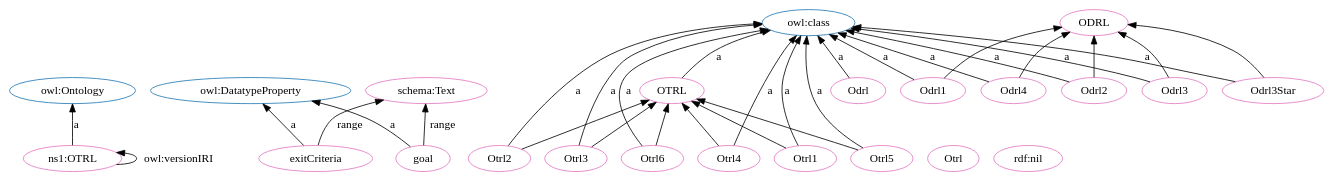
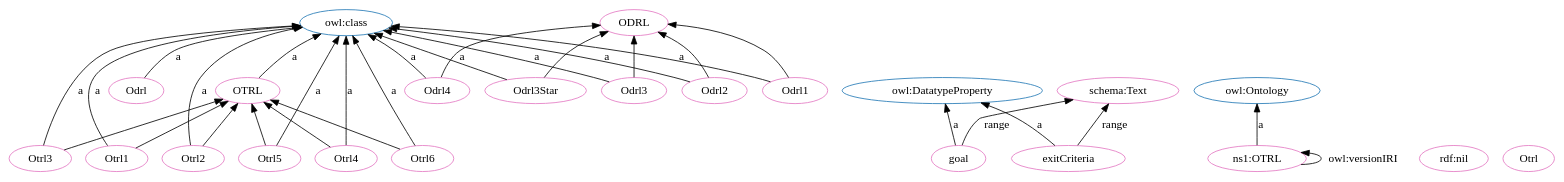
One commit to OPEN-NEXT/OKH-LOSH changed the diagram in OTRL.dot. Above: the diagram before and after it, drawn with Graphviz. The commit also changed other lines of this file and 17 other files, not shown here.

```diff
--- a/OTRL.dot
+++ b/OTRL.dot
@@ -1,59 +1,59 @@
 digraph G {
   rankdir=BT
   node[height=.3]
+"http://www.w3.org/2002/07/owl#class" [fillcolor="#1f77b4" color="#1f77b4" label="owl:class"]
+"http://www.w3.org/2002/07/owl#DatatypeProperty" [fillcolor="#1f77b4" color="#1f77b4" label="owl:DatatypeProperty"]
 "http://www.w3.org/2002/07/owl#Ontology" [fillcolor="#1f77b4" color="#1f77b4" label="owl:Ontology"]
-"http://www.w3.org/2002/07/owl#DatatypeProperty" [fillcolor="#1f77b4" color="#1f77b4" label="owl:DatatypeProperty"]
-"http://www.w3.org/2002/07/owl#class" [fillcolor="#1f77b4" color="#1f77b4" label="owl:class"]
+"http://purl.org/oseg/ontologies/OTRL#OTRL" [fillcolor="#1f77b4" color="#1f77b4" label="OTRL"]
 "http://purl.org/oseg/ontologies/OTRL#ODRL" [fillcolor="#1f77b4" color="#1f77b4" label="ODRL"]
-"http://purl.org/oseg/ontologies/OTRL#OTRL" [fillcolor="#1f77b4" color="#1f77b4" label="OTRL"]
+"http://purl.org/oseg/ontologies/OTRL#Otrl1" [fillcolor="#e377c2" color="#e377c2" label="Otrl1"]
+"http://purl.org/oseg/ontologies/OTRL#Otrl3" [fillcolor="#e377c2" color="#e377c2" label="Otrl3"]
+"http://www.w3.org/1999/02/22-rdf-syntax-ns#nil" [fillcolor="#e377c2" color="#e377c2" label="rdf:nil"]
+"http://purl.org/oseg/ontologies/OTRL#OTRL" [fillcolor="#e377c2" color="#e377c2" label="OTRL"]
+"http://purl.org/oseg/ontologies/OTRL#goal" [fillcolor="#e377c2" color="#e377c2" label="goal"]
+"http://purl.org/oseg/ontologies/OTRL#Otrl" [fillcolor="#e377c2" color="#e377c2" label="Otrl"]
+"http://schema.org/Text" [fillcolor="#e377c2" color="#e377c2" label="schema:Text"]
+"http://purl.org/oseg/ontologies/OTRL#ODRL" [fillcolor="#e377c2" color="#e377c2" label="ODRL"]
+"http://purl.org/oseg/ontologies/OTRL#Otrl2" [fillcolor="#e377c2" color="#e377c2" label="Otrl2"]
+"http://purl.org/oseg/ontologies/OTRL#Odrl1" [fillcolor="#e377c2" color="#e377c2" label="Odrl1"]
+"http://purl.org/oseg/ontologies/OTRL#Odrl4" [fillcolor="#e377c2" color="#e377c2" label="Odrl4"]
+"http://purl.org/oseg/ontologies/OTRL#Odrl" [fillcolor="#e377c2" color="#e377c2" label="Odrl"]
+"http://purl.org/oseg/ontologies/OTRL" [fillcolor="#e377c2" color="#e377c2" label="ns1:OTRL"]
+"http://purl.org/oseg/ontologies/OTRL#Odrl3" [fillcolor="#e377c2" color="#e377c2" label="Odrl3"]
+"http://purl.org/oseg/ontologies/OTRL#Odrl3Star" [fillcolor="#e377c2" color="#e377c2" label="Odrl3Star"]
+"http://purl.org/oseg/ontologies/OTRL#Otrl4" [fillcolor="#e377c2" color="#e377c2" label="Otrl4"]
+"http://purl.org/oseg/ontologies/OTRL#Odrl2" [fillcolor="#e377c2" color="#e377c2" label="Odrl2"]
 "http://purl.org/oseg/ontologies/OTRL#Otrl6" [fillcolor="#e377c2" color="#e377c2" label="Otrl6"]
+"http://purl.org/oseg/ontologies/OTRL#Otrl5" [fillcolor="#e377c2" color="#e377c2" label="Otrl5"]
 "http://purl.org/oseg/ontologies/OTRL#exitCriteria" [fillcolor="#e377c2" color="#e377c2" label="exitCriteria"]
-"http://purl.org/oseg/ontologies/OTRL" [fillcolor="#e377c2" color="#e377c2" label="ns1:OTRL"]
-"http://purl.org/oseg/ontologies/OTRL#Otrl" [fillcolor="#e377c2" color="#e377c2" label="Otrl"]
-"http://purl.org/oseg/ontologies/OTRL#goal" [fillcolor="#e377c2" color="#e377c2" label="goal"]
-"http://purl.org/oseg/ontologies/OTRL#OTRL" [fillcolor="#e377c2" color="#e377c2" label="OTRL"]
-"http://purl.org/oseg/ontologies/OTRL#Otrl4" [fillcolor="#e377c2" color="#e377c2" label="Otrl4"]
-"http://purl.org/oseg/ontologies/OTRL#Odrl1" [fillcolor="#e377c2" color="#e377c2" label="Odrl1"]
-"http://www.w3.org/1999/02/22-rdf-syntax-ns#nil" [fillcolor="#e377c2" color="#e377c2" label="rdf:nil"]
-"http://purl.org/oseg/ontologies/OTRL#Odrl" [fillcolor="#e377c2" color="#e377c2" label="Odrl"]
-"http://purl.org/oseg/ontologies/OTRL#Otrl1" [fillcolor="#e377c2" color="#e377c2" label="Otrl1"]
-"http://purl.org/oseg/ontologies/OTRL#Odrl4" [fillcolor="#e377c2" color="#e377c2" label="Odrl4"]
-"http://purl.org/oseg/ontologies/OTRL#ODRL" [fillcolor="#e377c2" color="#e377c2" label="ODRL"]
-"http://purl.org/oseg/ontologies/OTRL#Odrl3" [fillcolor="#e377c2" color="#e377c2" label="Odrl3"]
-"http://purl.org/oseg/ontologies/OTRL#Otrl5" [fillcolor="#e377c2" color="#e377c2" label="Otrl5"]
-"http://schema.org/Text" [fillcolor="#e377c2" color="#e377c2" label="schema:Text"]
-"http://purl.org/oseg/ontologies/OTRL#Otrl2" [fillcolor="#e377c2" color="#e377c2" label="Otrl2"]
-"http://purl.org/oseg/ontologies/OTRL#Odrl2" [fillcolor="#e377c2" color="#e377c2" label="Odrl2"]
-"http://purl.org/oseg/ontologies/OTRL#Otrl3" [fillcolor="#e377c2" color="#e377c2" label="Otrl3"]
-"http://purl.org/oseg/ontologies/OTRL#Odrl3Star" [fillcolor="#e377c2" color="#e377c2" label="Odrl3Star"]
+  "http://purl.org/oseg/ontologies/OTRL#goal" -> "http://schema.org/Text" [label="range"]
+  "http://purl.org/oseg/ontologies/OTRL#Otrl4" -> "http://purl.org/oseg/ontologies/OTRL#OTRL" [label=""]
+  "http://purl.org/oseg/ontologies/OTRL#Otrl5" -> "http://purl.org/oseg/ontologies/OTRL#OTRL" [label=""]
+  "http://purl.org/oseg/ontologies/OTRL#Odrl3" -> "http://purl.org/oseg/ontologies/OTRL#ODRL" [label=""]
+  "http://purl.org/oseg/ontologies/OTRL#Otrl2" -> "http://purl.org/oseg/ontologies/OTRL#OTRL" [label=""]
+  "http://purl.org/oseg/ontologies/OTRL#Odrl4" -> "http://www.w3.org/2002/07/owl#class" [label="a"]
+  "http://purl.org/oseg/ontologies/OTRL#Otrl6" -> "http://purl.org/oseg/ontologies/OTRL#OTRL" [label=""]
+  "http://purl.org/oseg/ontologies/OTRL#Odrl3Star" -> "http://www.w3.org/2002/07/owl#class" [label="a"]
   "http://purl.org/oseg/ontologies/OTRL#Otrl6" -> "http://www.w3.org/2002/07/owl#class" [label="a"]
   "http://purl.org/oseg/ontologies/OTRL#exitCriteria" -> "http://www.w3.org/2002/07/owl#DatatypeProperty" [label="a"]
-  "http://purl.org/oseg/ontologies/OTRL" -> "http://purl.org/oseg/ontologies/OTRL" [label="owl:versionIRI"]
-  "http://purl.org/oseg/ontologies/OTRL#goal" -> "http://www.w3.org/2002/07/owl#DatatypeProperty" [label="a"]
-  "http://purl.org/oseg/ontologies/OTRL#Otrl4" -> "http://www.w3.org/2002/07/owl#class" [label="a"]
-  "http://purl.org/oseg/ontologies/OTRL#Odrl3Star" -> "http://purl.org/oseg/ontologies/OTRL#ODRL" [label=""]
-  "http://purl.org/oseg/ontologies/OTRL#Odrl3" -> "http://www.w3.org/2002/07/owl#class" [label="a"]
-  "http://purl.org/oseg/ontologies/OTRL#Otrl5" -> "http://www.w3.org/2002/07/owl#class" [label="a"]
   "http://purl.org/oseg/ontologies/OTRL#Odrl2" -> "http://purl.org/oseg/ontologies/OTRL#ODRL" [label=""]
   "http://purl.org/oseg/ontologies/OTRL" -> "http://www.w3.org/2002/07/owl#Ontology" [label="a"]
+  "http://purl.org/oseg/ontologies/OTRL#Otrl1" -> "http://purl.org/oseg/ontologies/OTRL#OTRL" [label=""]
+  "http://purl.org/oseg/ontologies/OTRL#Otrl1" -> "http://www.w3.org/2002/07/owl#class" [label="a"]
+  "http://purl.org/oseg/ontologies/OTRL#Otrl3" -> "http://www.w3.org/2002/07/owl#class" [label="a"]
+  "http://purl.org/oseg/ontologies/OTRL#Otrl3" -> "http://purl.org/oseg/ontologies/OTRL#OTRL" [label=""]
+  "http://purl.org/oseg/ontologies/OTRL#goal" -> "http://www.w3.org/2002/07/owl#DatatypeProperty" [label="a"]
+  "http://purl.org/oseg/ontologies/OTRL#Otrl2" -> "http://www.w3.org/2002/07/owl#class" [label="a"]
+  "http://purl.org/oseg/ontologies/OTRL#Odrl1" -> "http://www.w3.org/2002/07/owl#class" [label="a"]
+  "http://purl.org/oseg/ontologies/OTRL#Odrl1" -> "http://purl.org/oseg/ontologies/OTRL#ODRL" [label=""]
+  "http://purl.org/oseg/ontologies/OTRL" -> "http://purl.org/oseg/ontologies/OTRL" [label="owl:versionIRI"]
+  "http://purl.org/oseg/ontologies/OTRL#Odrl" -> "http://www.w3.org/2002/07/owl#class" [label="a"]
   "http://purl.org/oseg/ontologies/OTRL#Odrl4" -> "http://purl.org/oseg/ontologies/OTRL#ODRL" [label=""]
-  "http://purl.org/oseg/ontologies/OTRL#Odrl3" -> "http://purl.org/oseg/ontologies/OTRL#ODRL" [label=""]
-  "http://purl.org/oseg/ontologies/OTRL#Otrl2" -> "http://www.w3.org/2002/07/owl#class" [label="a"]
+  "http://purl.org/oseg/ontologies/OTRL#Odrl3" -> "http://www.w3.org/2002/07/owl#class" [label="a"]
+  "http://purl.org/oseg/ontologies/OTRL#Otrl4" -> "http://www.w3.org/2002/07/owl#class" [label="a"]
   "http://purl.org/oseg/ontologies/OTRL#Odrl2" -> "http://www.w3.org/2002/07/owl#class" [label="a"]
-  "http://purl.org/oseg/ontologies/OTRL#Otrl3" -> "http://www.w3.org/2002/07/owl#class" [label="a"]
-  "http://purl.org/oseg/ontologies/OTRL#Otrl2" -> "http://purl.org/oseg/ontologies/OTRL#OTRL" [label=""]
-  "http://purl.org/oseg/ontologies/OTRL#Odrl1" -> "http://purl.org/oseg/ontologies/OTRL#ODRL" [label=""]
-  "http://purl.org/oseg/ontologies/OTRL#Otrl1" -> "http://purl.org/oseg/ontologies/OTRL#OTRL" [label=""]
-  "http://purl.org/oseg/ontologies/OTRL#Odrl3Star" -> "http://www.w3.org/2002/07/owl#class" [label="a"]
-  "http://purl.org/oseg/ontologies/OTRL#Otrl3" -> "http://purl.org/oseg/ontologies/OTRL#OTRL" [label=""]
+  "http://purl.org/oseg/ontologies/OTRL#Otrl5" -> "http://www.w3.org/2002/07/owl#class" [label="a"]
+  "http://purl.org/oseg/ontologies/OTRL#Odrl3Star" -> "http://purl.org/oseg/ontologies/OTRL#ODRL" [label=""]
+  "http://purl.org/oseg/ontologies/OTRL#exitCriteria" -> "http://schema.org/Text" [label="range"]
   "http://purl.org/oseg/ontologies/OTRL#OTRL" -> "http://www.w3.org/2002/07/owl#class" [label="a"]
-  "http://purl.org/oseg/ontologies/OTRL#Odrl1" -> "http://www.w3.org/2002/07/owl#class" [label="a"]
-  "http://purl.org/oseg/ontologies/OTRL#Otrl1" -> "http://www.w3.org/2002/07/owl#class" [label="a"]
-  "http://purl.org/oseg/ontologies/OTRL#Odrl4" -> "http://www.w3.org/2002/07/owl#class" [label="a"]
-  "http://purl.org/oseg/ontologies/OTRL#exitCriteria" -> "http://schema.org/Text" [label="range"]
-  "http://purl.org/oseg/ontologies/OTRL#goal" -> "http://schema.org/Text" [label="range"]
-  "http://purl.org/oseg/ontologies/OTRL#Odrl" -> "http://www.w3.org/2002/07/owl#class" [label="a"]
-  "http://purl.org/oseg/ontologies/OTRL#Otrl6" -> "http://purl.org/oseg/ontologies/OTRL#OTRL" [label=""]
-  "http://purl.org/oseg/ontologies/OTRL#Otrl4" -> "http://purl.org/oseg/ontologies/OTRL#OTRL" [label=""]
-  "http://purl.org/oseg/ontologies/OTRL#Otrl5" -> "http://purl.org/oseg/ontologies/OTRL#OTRL" [label=""]
 }
```
